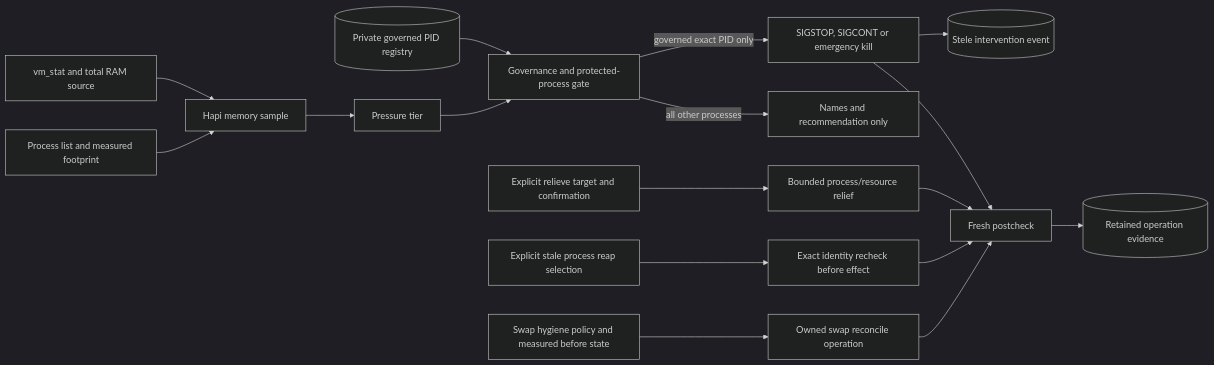
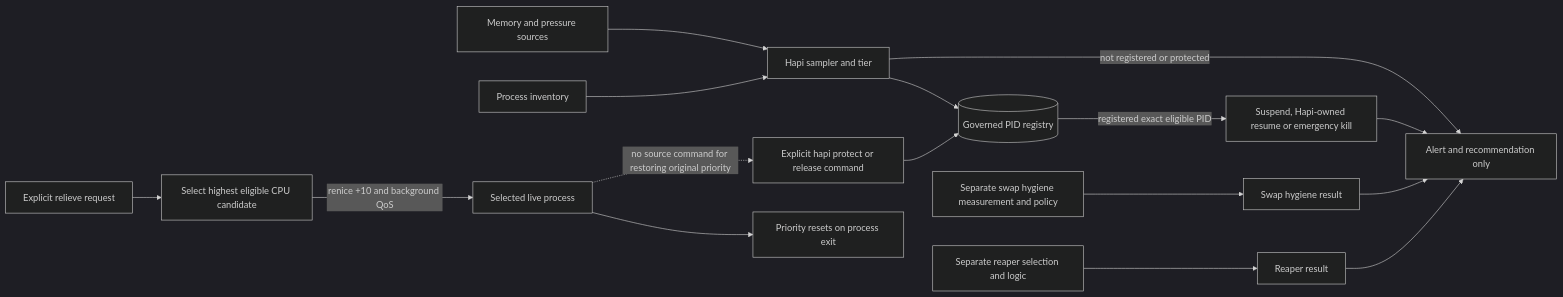
One commit to SirsiMaster/sirsi-pantheon changed diagram 15 of 45 in docs/stacklab/pantheon-pt/canon/DIAGRAMS_PRODUCT_OPERATIONS.md. Above: the diagram before and after it, drawn with Mermaid (dark theme). The commit also changed other lines of this file and 2 other files, not shown here.

Commit message:
docs(stacklab): align workflow diagrams with actual effects and recovery

````diff
--- a/docs/stacklab/pantheon-pt/canon/DIAGRAMS_PRODUCT_OPERATIONS.md
+++ b/docs/stacklab/pantheon-pt/canon/DIAGRAMS_PRODUCT_OPERATIONS.md
@@ -402,19 +436,18 @@
 ```mermaid
 flowchart LR
-  VM[vm_stat and total RAM source] --> SAMPLE[Hapi memory sample]
-  PS[Process list and measured footprint] --> SAMPLE
-  REG[(Private governed PID registry)] --> GATE[Governance and protected-process gate]
-  SAMPLE --> CLASS[Pressure tier]
-  CLASS --> GATE
-  GATE -->|governed exact PID only| SIGNAL[SIGSTOP, SIGCONT or emergency kill]
-  GATE -->|all other processes| REPORT[Names and recommendation only]
-  SIGNAL --> STELE[(Stele intervention event)]
-  RELIEVE[Explicit relieve target and confirmation] --> RELIEF[Bounded process/resource relief]
-  REAPER[Explicit stale process reap selection] --> REAP[Exact identity recheck before effect]
-  SWAP[Swap hygiene policy and measured before state] --> SWAPHY[Owned swap reconcile operation]
-  SIGNAL --> READ[Fresh postcheck]
-  RELIEF --> READ
-  REAP --> READ
-  SWAPHY --> READ
-  READ --> OPL[(Retained operation evidence)]
+  VM[Memory and pressure sources] --> HAPI[Hapi sampler and tier]
+  PS[Process inventory] --> HAPI
+  HAPI --> REG[(Governed PID registry)]
+  REG -->|registered exact eligible PID| SIGNAL[Suspend, Hapi-owned resume or emergency kill]
+  HAPI -->|not registered or protected| REPORT[Alert and recommendation only]
+  OP[Explicit hapi protect or release command] --> REG
+  RELIEVE[Explicit relieve request] --> FIND[Select highest eligible CPU candidate]
+  FIND -->|renice +10 and background QoS| PROC[Selected live process]
+  PROC --> EXIT[Priority resets on process exit]
+  PROC -. no source command for restoring original priority .-> OP
+  SWAP[Separate swap hygiene measurement and policy] --> SWAPOUT[Swap hygiene result]
+  REAPER[Separate reaper selection and logic] --> REAPOUT[Reaper result]
+  SIGNAL --> REPORT
+  SWAPOUT --> REPORT
+  REAPOUT --> REPORT
 ```
````
